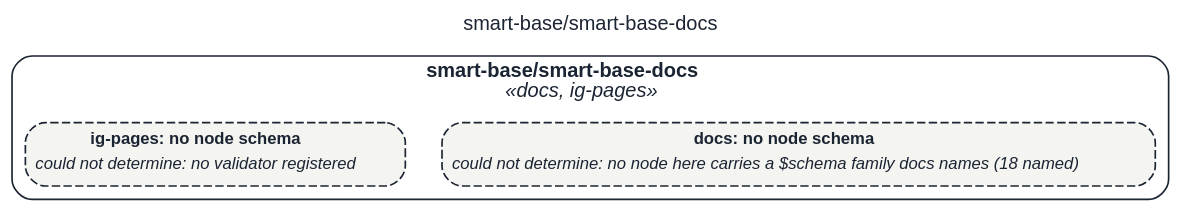
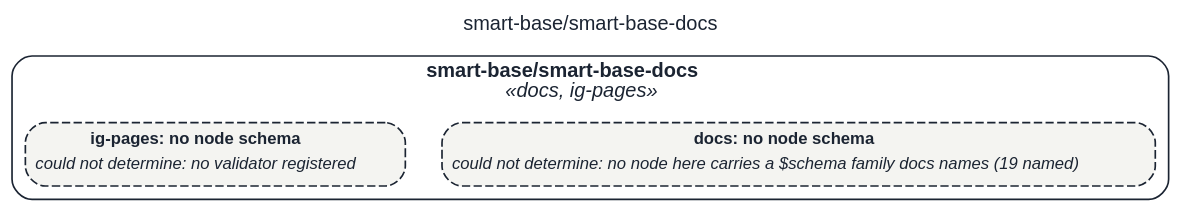
One commit to litlfred/folio-assistant changed the diagram in assets/img/uml/overview/smart-base/smart-base-docs.dot. Above: the diagram before and after it, drawn with Graphviz. The commit also changed 9315 other files, not shown here.

```diff
--- a/assets/img/uml/overview/smart-base/smart-base-docs.dot
+++ b/assets/img/uml/overview/smart-base/smart-base-docs.dot
@@ -1,12 +1,12 @@
 // GENERATED by cat-harness-tools/scripts/gen-uml-overview.ts — do not edit.
 // Rendered page (interactive view, same model): https://litlfred.github.io/folio-assistant/uml/overview/smart-base/smart-base-docs.html
 digraph "smart_base_smart_base_docs" {
   graph [label="smart-base/smart-base-docs", labelloc=t, fontname="Helvetica", fontsize=12, fontcolor="#1b2432", newrank=true, ratio=auto, nodesep=0.3, ranksep=0.5, bgcolor="transparent"];
   node [shape=box, style="rounded,filled", margin=0.05, fontname="Helvetica", fontsize=10, color="#1b2432", fontcolor="#1b2432"];
   edge [color="#1b2432", fontcolor="#1b2432", fontname="Helvetica", fontsize=9];
   subgraph "cluster_pkg_smart_base_smart_base_docs" {
     label=<<b>smart-base/smart-base-docs</b><br/><i>«docs, ig-pages»</i>>; style="rounded"; color="#1b2432"; class="fa_uml_subgraph";
-    "n_smart_base_smart_base_docs_docs" [style="rounded,filled,dashed", fillcolor="#f4f4f1", class="fa_uml_kind_docs fa_uml_undetermined", label=<<table border="0" cellborder="0" cellspacing="0" cellpadding="2"><tr><td><b>docs: no node schema</b></td></tr><tr><td align="left"><i>could not determine: no node here carries a $schema family docs names (18 named)</i></td></tr></table>>];
+    "n_smart_base_smart_base_docs_docs" [style="rounded,filled,dashed", fillcolor="#f4f4f1", class="fa_uml_kind_docs fa_uml_undetermined", label=<<table border="0" cellborder="0" cellspacing="0" cellpadding="2"><tr><td><b>docs: no node schema</b></td></tr><tr><td align="left"><i>could not determine: no node here carries a $schema family docs names (19 named)</i></td></tr></table>>];
     "n_smart_base_smart_base_docs_ig_pages" [style="rounded,filled,dashed", fillcolor="#f4f4f1", class="fa_uml_kind_ig_pages fa_uml_undetermined", label=<<table border="0" cellborder="0" cellspacing="0" cellpadding="2"><tr><td><b>ig-pages: no node schema</b></td></tr><tr><td align="left"><i>could not determine: no validator registered</i></td></tr></table>>];
   }
 }
```
